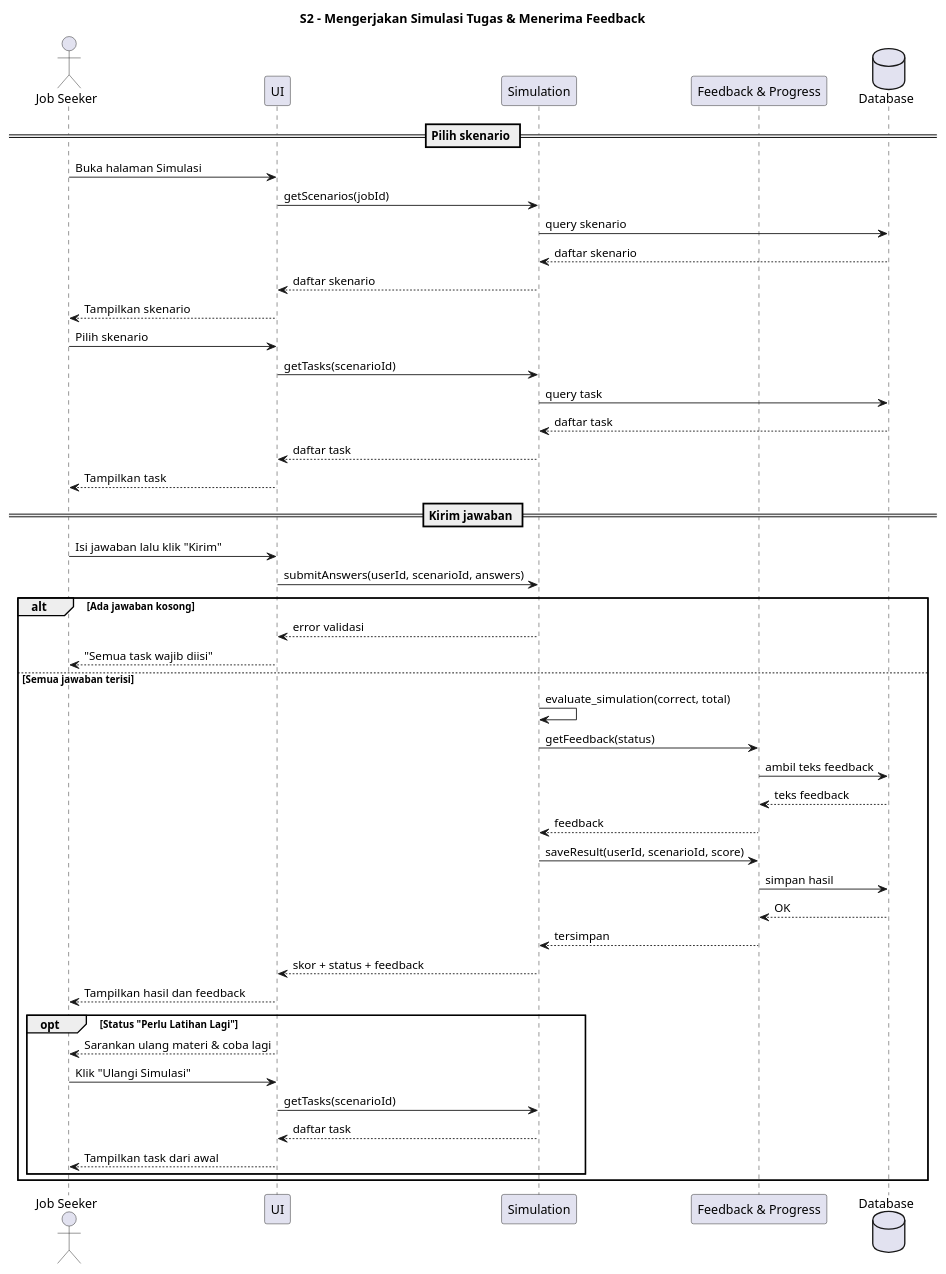
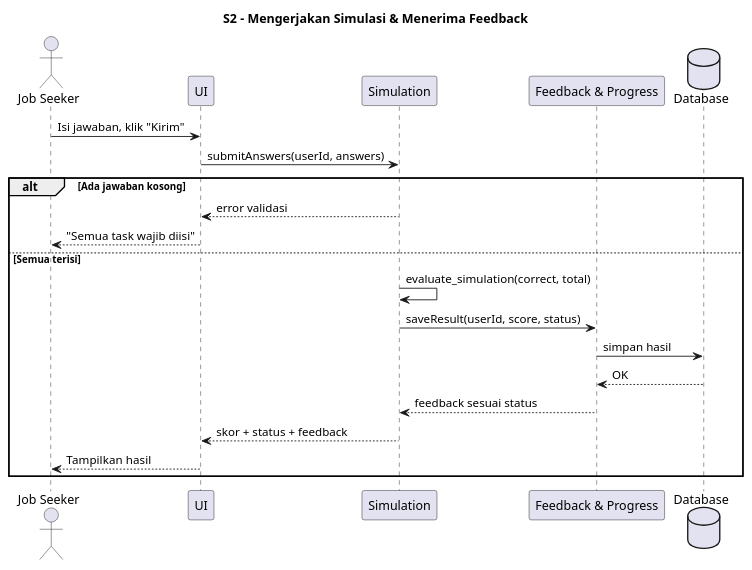
The diagram in diagrams/sequence1_kuis.puml (AZZAMAF/Belajar.id_UAS_SDF), drawn with PlantUML before and after one commit.

Commit message:
Refactor sequence diagram for simulation feedback

```diff
--- a/diagrams/sequence1_kuis.puml
+++ b/diagrams/sequence1_kuis.puml
@@ -1,53 +1,25 @@
 @startuml
-title S2 - Mengerjakan Simulasi Tugas & Menerima Feedback
+title S2 - Mengerjakan Simulasi & Menerima Feedback
 
 actor "Job Seeker" as U
 participant "UI" as UI
 participant "Simulation" as SIM
 participant "Feedback & Progress" as FP
 database "Database" as DB
 
-== Pilih skenario ==
-U -> UI: Buka halaman Simulasi
-UI -> SIM: getScenarios(jobId)
-SIM -> DB: query skenario
-DB --> SIM: daftar skenario
-SIM --> UI: daftar skenario
-UI --> U: Tampilkan skenario
-
-U -> UI: Pilih skenario
-UI -> SIM: getTasks(scenarioId)
-SIM -> DB: query task
-DB --> SIM: daftar task
-SIM --> UI: daftar task
-UI --> U: Tampilkan task
-
-== Kirim jawaban ==
-U -> UI: Isi jawaban lalu klik "Kirim"
-UI -> SIM: submitAnswers(userId, scenarioId, answers)
+U -> UI: Isi jawaban, klik "Kirim"
+UI -> SIM: submitAnswers(userId, answers)
 
 alt Ada jawaban kosong
   SIM --> UI: error validasi
   UI --> U: "Semua task wajib diisi"
-else Semua jawaban terisi
+else Semua terisi
   SIM -> SIM: evaluate_simulation(correct, total)
-  SIM -> FP: getFeedback(status)
-  FP -> DB: ambil teks feedback
-  DB --> FP: teks feedback
-  FP --> SIM: feedback
-  SIM -> FP: saveResult(userId, scenarioId, score)
+  SIM -> FP: saveResult(userId, score, status)
   FP -> DB: simpan hasil
   DB --> FP: OK
-  FP --> SIM: tersimpan
+  FP --> SIM: feedback sesuai status
   SIM --> UI: skor + status + feedback
-  UI --> U: Tampilkan hasil dan feedback
-
-  opt Status "Perlu Latihan Lagi"
-    UI --> U: Sarankan ulang materi & coba lagi
-    U -> UI: Klik "Ulangi Simulasi"
-    UI -> SIM: getTasks(scenarioId)
-    SIM --> UI: daftar task
-    UI --> U: Tampilkan task dari awal
-  end
+  UI --> U: Tampilkan hasil
 end
 @enduml
```
